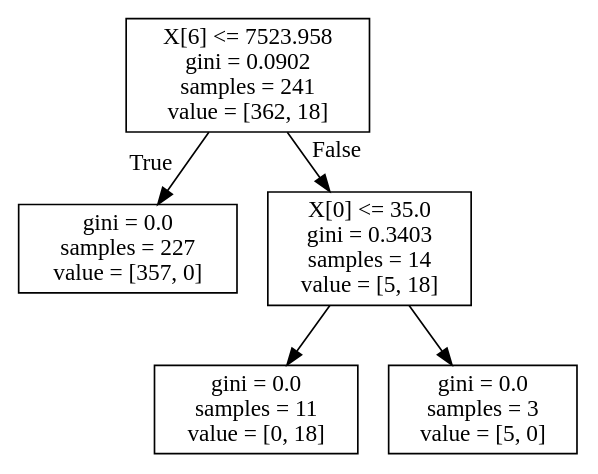
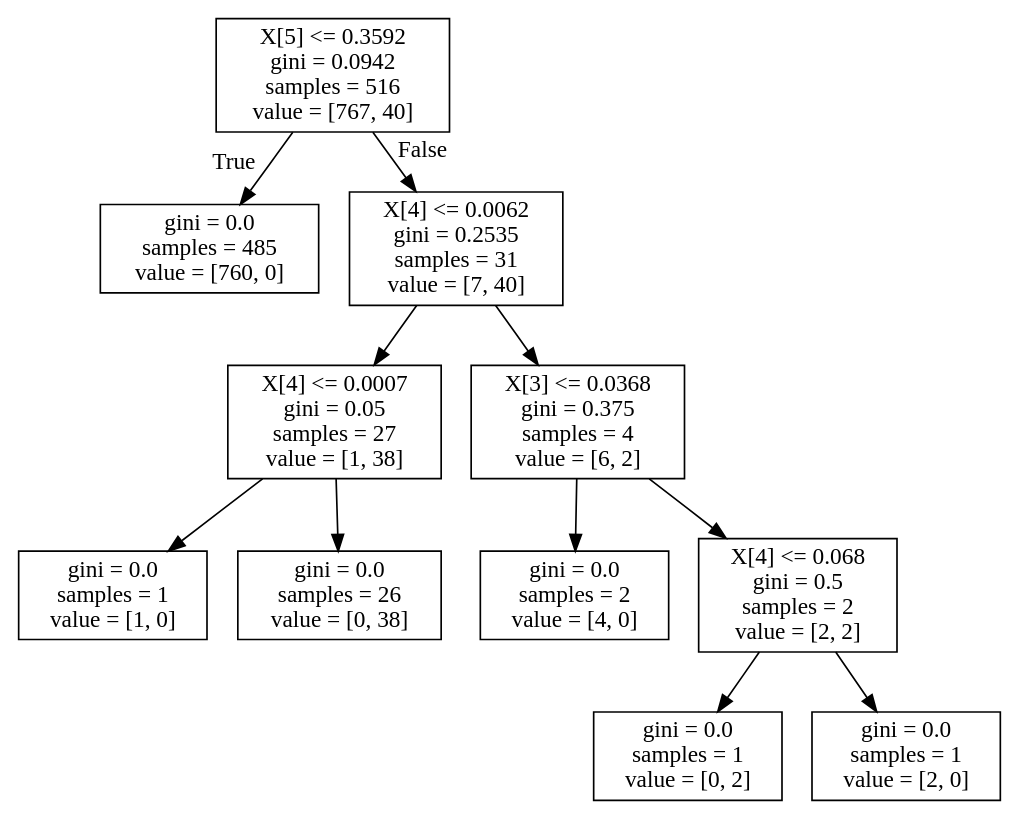
One commit to imwack/facebook changed the diagram in 1.dot. Above: the diagram before and after it, drawn with Graphviz. The commit also changed 18 other files, not shown here.

```diff
--- a/1.dot
+++ b/1.dot
@@ -1,12 +1,24 @@
 digraph Tree {
 node [shape=box] ;
-0 [label="X[6] <= 7523.958\ngini = 0.0902\nsamples = 241\nvalue = [362, 18]"] ;
-1 [label="gini = 0.0\nsamples = 227\nvalue = [357, 0]"] ;
+0 [label="X[5] <= 0.3592\ngini = 0.0942\nsamples = 516\nvalue = [767, 40]"] ;
+1 [label="gini = 0.0\nsamples = 485\nvalue = [760, 0]"] ;
 0 -> 1 [labeldistance=2.5, labelangle=45, headlabel="True"] ;
-2 [label="X[0] <= 35.0\ngini = 0.3403\nsamples = 14\nvalue = [5, 18]"] ;
+2 [label="X[4] <= 0.0062\ngini = 0.2535\nsamples = 31\nvalue = [7, 40]"] ;
 0 -> 2 [labeldistance=2.5, labelangle=-45, headlabel="False"] ;
-3 [label="gini = 0.0\nsamples = 11\nvalue = [0, 18]"] ;
+3 [label="X[4] <= 0.0007\ngini = 0.05\nsamples = 27\nvalue = [1, 38]"] ;
 2 -> 3 ;
-4 [label="gini = 0.0\nsamples = 3\nvalue = [5, 0]"] ;
-2 -> 4 ;
+4 [label="gini = 0.0\nsamples = 1\nvalue = [1, 0]"] ;
+3 -> 4 ;
+5 [label="gini = 0.0\nsamples = 26\nvalue = [0, 38]"] ;
+3 -> 5 ;
+6 [label="X[3] <= 0.0368\ngini = 0.375\nsamples = 4\nvalue = [6, 2]"] ;
+2 -> 6 ;
+7 [label="gini = 0.0\nsamples = 2\nvalue = [4, 0]"] ;
+6 -> 7 ;
+8 [label="X[4] <= 0.068\ngini = 0.5\nsamples = 2\nvalue = [2, 2]"] ;
+6 -> 8 ;
+9 [label="gini = 0.0\nsamples = 1\nvalue = [0, 2]"] ;
+8 -> 9 ;
+10 [label="gini = 0.0\nsamples = 1\nvalue = [2, 0]"] ;
+8 -> 10 ;
 }
```
